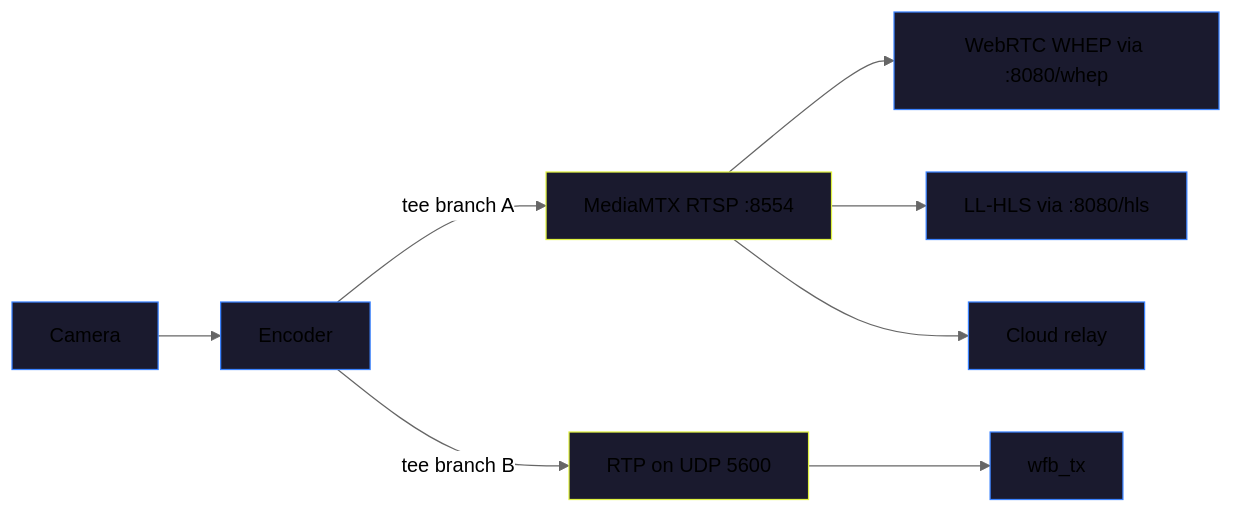
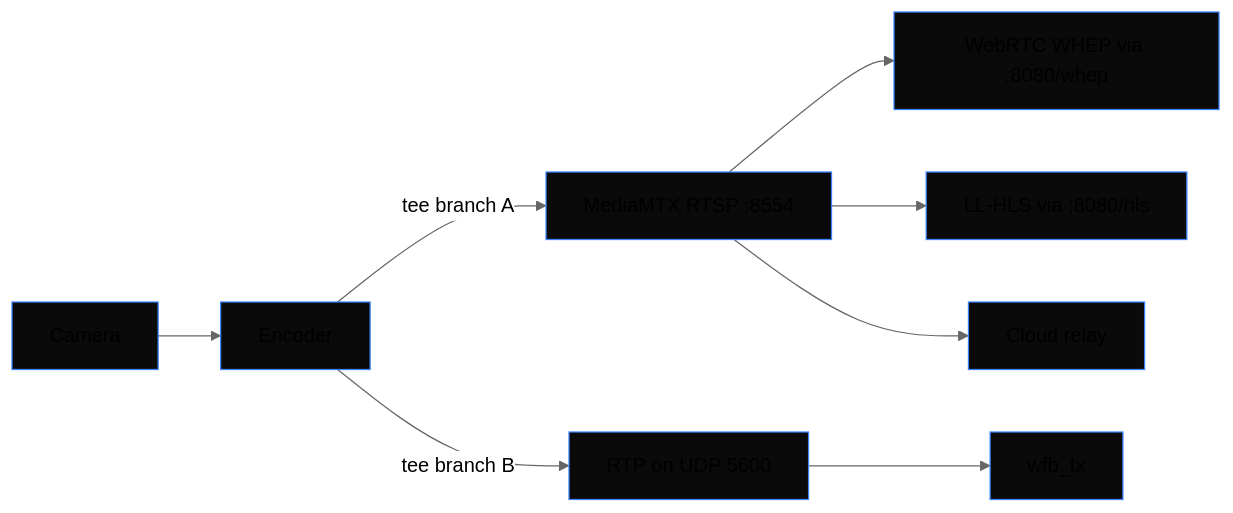
The diagram in drone-agent/video-pipeline.mdx (altnautica/Documentation), drawn with Mermaid (neutral theme) before and after one commit. The commit also changed 2 other files, not shown here.

Commit message:
Use neutral black background and blue-only accent in docs theme

````diff
--- a/drone-agent/video-pipeline.mdx
+++ b/drone-agent/video-pipeline.mdx
@@ -13,19 +13,19 @@
 ```mermaid
 graph LR
     A[Camera] --> B[Encoder]
     B -->|tee branch A| C[MediaMTX RTSP :8554]
     B -->|tee branch B| R[RTP on UDP 5600]
     R --> D[wfb_tx]
     C --> E[WebRTC WHEP via :8080/whep]
     C --> H[LL-HLS via :8080/hls]
     C --> F[Cloud relay]
 
-    style A fill:#1a1a2e,stroke:#3A82FF
-    style B fill:#1a1a2e,stroke:#3A82FF
-    style C fill:#1a1a2e,stroke:#DFF140
-    style R fill:#1a1a2e,stroke:#DFF140
-    style D fill:#1a1a2e,stroke:#3A82FF
-    style E fill:#1a1a2e,stroke:#3A82FF
-    style H fill:#1a1a2e,stroke:#3A82FF
-    style F fill:#1a1a2e,stroke:#3A82FF
+    style A fill:#0A0A0A,stroke:#3A82FF
+    style B fill:#0A0A0A,stroke:#3A82FF
+    style C fill:#0A0A0A,stroke:#3A82FF
+    style R fill:#0A0A0A,stroke:#3A82FF
+    style D fill:#0A0A0A,stroke:#3A82FF
+    style E fill:#0A0A0A,stroke:#3A82FF
+    style H fill:#0A0A0A,stroke:#3A82FF
+    style F fill:#0A0A0A,stroke:#3A82FF
 ```
````
